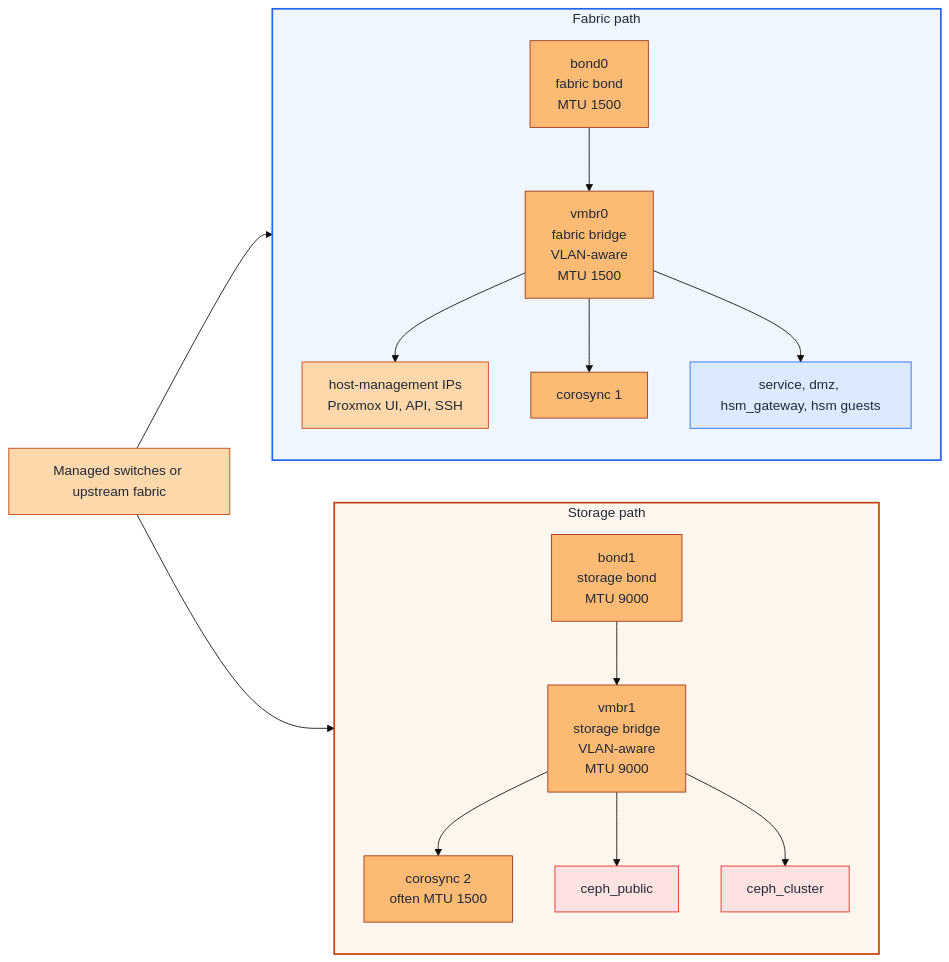
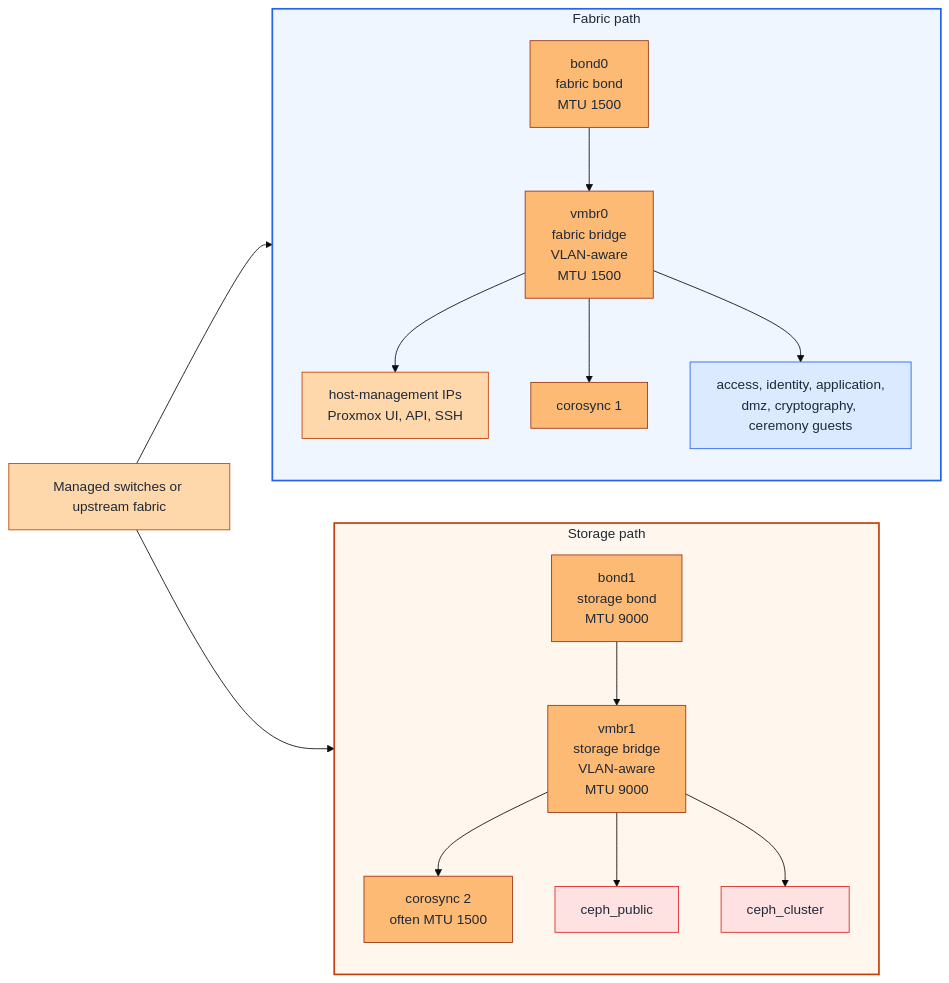
One commit to Rexus/homelab changed the diagram in docs/platforms/proxmox/network-prerequisites.md. Above: the diagram before and after it, drawn with Mermaid (base theme). The commit also changed other lines of this file and 34 other files, not shown here.

````diff
--- a/docs/platforms/proxmox/network-prerequisites.md
+++ b/docs/platforms/proxmox/network-prerequisites.md
@@ -60,48 +61,48 @@
 ```mermaid
 flowchart LR
     Switches[Managed switches or upstream fabric]
 
     subgraph Fabric["Storage path"]
       direction TB
       Bond0[bond1<br/>storage bond<br/>MTU 9000]
       Vmbr0[vmbr1<br/>storage bridge<br/>VLAN-aware<br/>MTU 9000]
       Mgmt[corosync 2<br/>often MTU 1500]
       Corosync1[ceph_public]
       Guests[ceph_cluster]
 
       Bond0 --> Vmbr0
       Vmbr0 --> Mgmt
       Vmbr0 --> Corosync1
       Vmbr0 --> Guests
     end
 
     subgraph Storage["Fabric path"]
       direction TB
       Bond1[bond0<br/>fabric bond<br/>MTU 1500]
       Vmbr1[vmbr0<br/>fabric bridge<br/>VLAN-aware<br/>MTU 1500]
       Corosync2[host-management IPs<br/>Proxmox UI, API, SSH]
       CephPublic[corosync 1]
-      CephCluster[service, dmz, hsm_gateway, hsm guests]
+      CephCluster[access, identity, application,<br/>dmz, cryptography, ceremony guests]
 
       Bond1 --> Vmbr1
       Vmbr1 --> Corosync2
       Vmbr1 --> CephPublic
       Vmbr1 --> CephCluster
     end
 
     Switches --> Bond0
     Switches --> Bond1
 
     style Fabric fill:#fff7ed,stroke:#c2410c,stroke-width:2px,color:#1f2937
     style Storage fill:#eff6ff,stroke:#2563eb,stroke-width:2px,color:#1f2937
 
     classDef mgmtNode fill:#fed7aa,stroke:#c2410c,color:#1f2937
     classDef appNode fill:#dbeafe,stroke:#2563eb,color:#1f2937
     classDef proxmoxNode fill:#fdba74,stroke:#9a3412,color:#1f2937
     classDef cephNode fill:#fee2e2,stroke:#dc2626,color:#1f2937
 
     class Switches,Corosync2 mgmtNode
     class CephCluster appNode
     class Bond0,Bond1,Vmbr0,Vmbr1,Mgmt,CephPublic proxmoxNode
     class Corosync1,Guests cephNode
 ```
````
